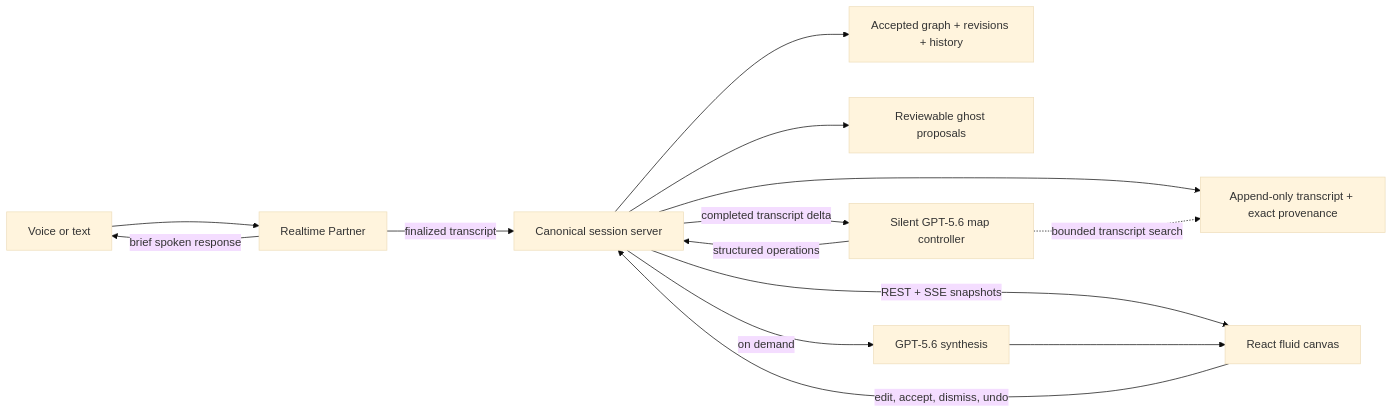
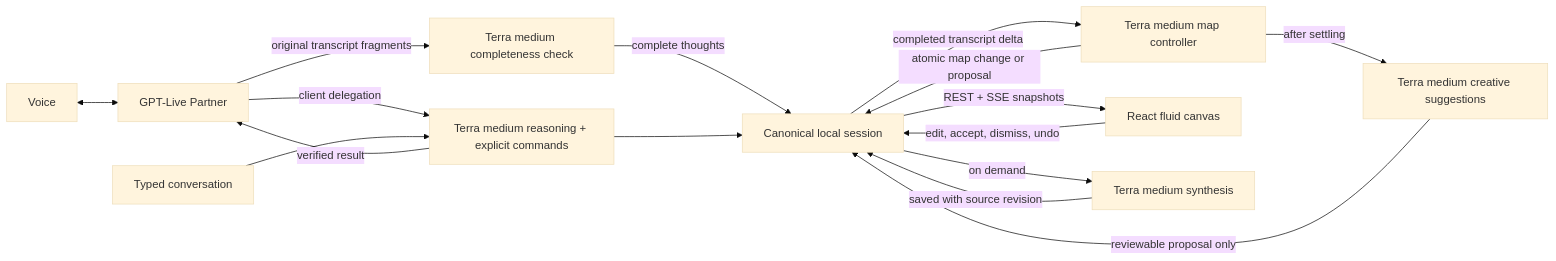
The diagram in README.md (maxrubin629/thoughtform), drawn with Mermaid (base theme) before and after one commit. The commit also changed other lines of this file and 39 other files, not shown here.

````diff
--- a/README.md
+++ b/README.md
@@ -56,19 +60,18 @@
 ```mermaid
 flowchart LR
-    U["Voice or text"] --> R["Realtime Partner"]
-    R -->|"brief spoken response"| U
-    R -->|"finalized transcript"| S["Canonical session server"]
-
-    S --> T["Append-only transcript + exact provenance"]
-    S --> G["Accepted graph + revisions + history"]
-    S --> P["Reviewable ghost proposals"]
-
-    S -->|"completed transcript delta"| C["Silent GPT-5.6 map controller"]
-    C -->|"structured operations"| S
-    C -.->|"bounded transcript search"| T
-
+    U["Voice"] <--> L["GPT-Live Partner"]
+    L -->|"client delegation"| B["Terra medium reasoning + explicit commands"]
+    B -->|"verified result"| L
+    L -->|"original transcript fragments"| C["Terra medium completeness check"]
+    C -->|"complete thoughts"| S["Canonical local session"]
+    X["Typed conversation"] --> B
+    B --> S
+    S -->|"completed transcript delta"| M["Terra medium map controller"]
+    M -->|"atomic map change or proposal"| S
+    M -->|"after settling"| I["Terra medium creative suggestions"]
+    I -->|"reviewable proposal only"| S
     S -->|"REST + SSE snapshots"| V["React fluid canvas"]
     V -->|"edit, accept, dismiss, undo"| S
-    S -->|"on demand"| Y["GPT-5.6 synthesis"]
-    Y --> V
+    S -->|"on demand"| Y["Terra medium synthesis"]
+    Y -->|"saved with source revision"| S
 ```
````
